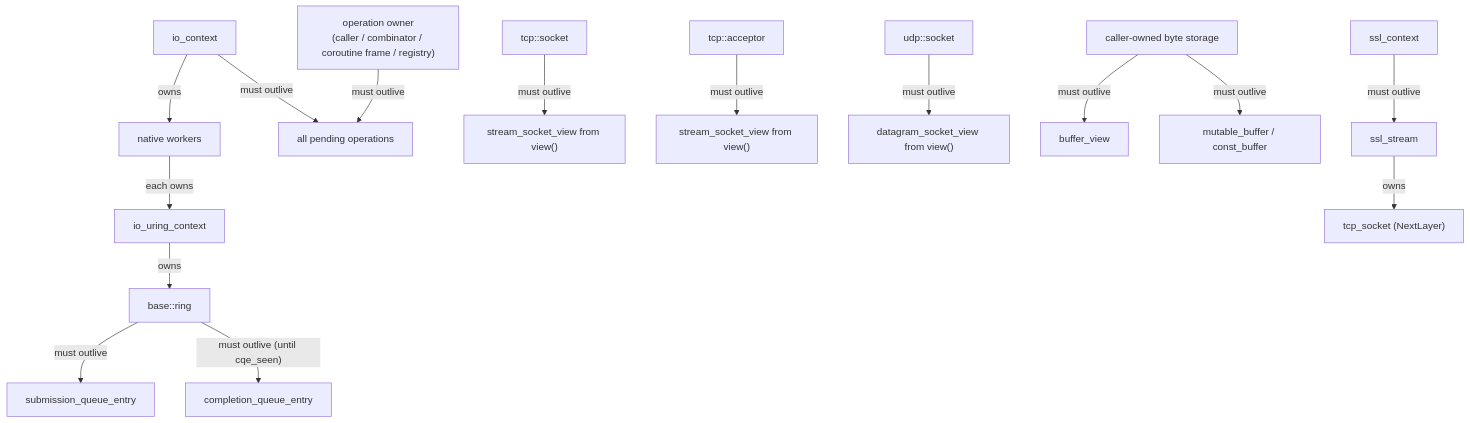
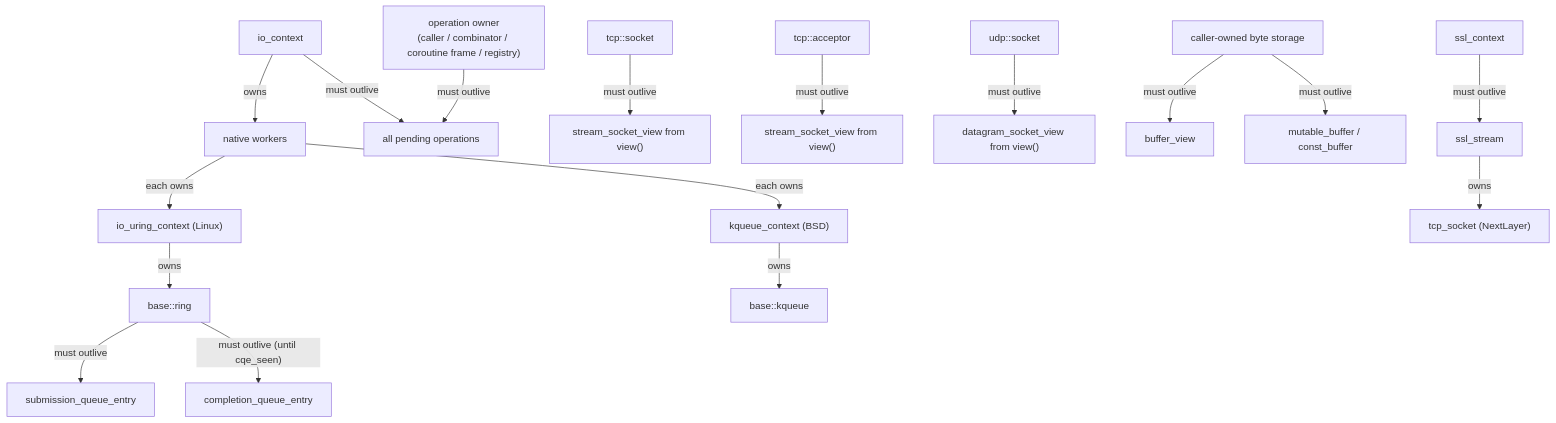
Before and after one commit to haomingbai/bnio: the second of 3 diagrams in docs/design/lifecycle.md, drawn with Mermaid. The commit also changed other lines of this file and 9 other files, not shown here.

Commit message:
docs: updated the roadmap and README

````diff
--- a/docs/design/lifecycle.md
+++ b/docs/design/lifecycle.md
@@ -51,22 +52,24 @@
 ```mermaid
 graph TB
     Ctx["io_context"] -->|"owns"| Workers["native workers"]
-    Workers -->|"each owns"| UCtx["io_uring_context"]
+    Workers -->|"each owns"| UCtx["io_uring_context (Linux)"]
     UCtx -->|"owns"| Ring["base::ring"]
+    Workers -->|"each owns"| KCtx["kqueue_context (BSD)"]
+    KCtx -->|"owns"| KQ["base::kqueue"]
 
     OpOwner["operation owner<br/>(caller / combinator / coroutine frame / registry)"] -->|"must outlive"| Ops["all pending operations"]
     Ctx -->|"must outlive"| Ops
 
     Ring -->|"must outlive"| SQE["submission_queue_entry"]
     Ring -->|"must outlive (until cqe_seen)"| CQE["completion_queue_entry"]
 
     TCPSock["tcp::socket"] -->|"must outlive"| SView["stream_socket_view from view()"]
     TCPAcpt["tcp::acceptor"] -->|"must outlive"| LView["stream_socket_view from view()"]
     UDPSock["udp::socket"] -->|"must outlive"| DView["datagram_socket_view from view()"]
 
     UserBuf["caller-owned byte storage"] -->|"must outlive"| BufView["buffer_view"]
     UserBuf -->|"must outlive"| MBuf["mutable_buffer / const_buffer"]
 
     SSLCtx["ssl_context"] -->|"must outlive"| SSLStream["ssl_stream"]
     SSLStream -->|"owns"| Inner["tcp_socket (NextLayer)"]
 ```
````
